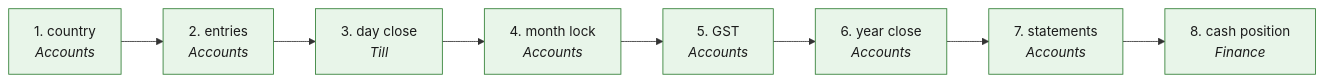
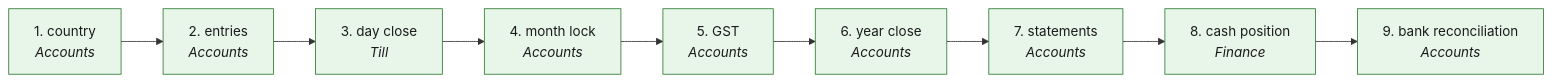
Before and after one commit to maharishia07/chitbridge-web: the diagram in docs/process/R2R.md, drawn with Mermaid. The commit also changed other lines of this file and 3 other files, not shown here.

Commit message:
BR1: R2R step 9 · bank reconciliation in flows.json (process docs regenerated); action-state sweep refreshed

````diff
--- a/docs/process/R2R.md
+++ b/docs/process/R2R.md
@@ -7,16 +7,17 @@
 ```mermaid
 flowchart LR
   S1["1. country<br/><i>Accounts</i>"]
   S2["2. entries<br/><i>Accounts</i>"]
   S3["3. day close<br/><i>Till</i>"]
   S4["4. month lock<br/><i>Accounts</i>"]
   S5["5. GST<br/><i>Accounts</i>"]
   S6["6. year close<br/><i>Accounts</i>"]
   S7["7. statements<br/><i>Accounts</i>"]
   S8["8. cash position<br/><i>Finance</i>"]
-  S1 --> S2 --> S3 --> S4 --> S5 --> S6 --> S7 --> S8
+  S9["9. bank reconciliation<br/><i>Accounts</i>"]
+  S1 --> S2 --> S3 --> S4 --> S5 --> S6 --> S7 --> S8 --> S9
   classDef ok fill:#e8f5e9,stroke:#2e7d32,color:#1b1b1b
   classDef warn fill:#fff8e1,stroke:#f9a825,color:#1b1b1b
   classDef missing fill:#fafafa,stroke:#9e9e9e,stroke-dasharray:5 5,color:#616161
-  class S1,S2,S3,S4,S5,S6,S7,S8 ok
+  class S1,S2,S3,S4,S5,S6,S7,S8,S9 ok
 ```
````
